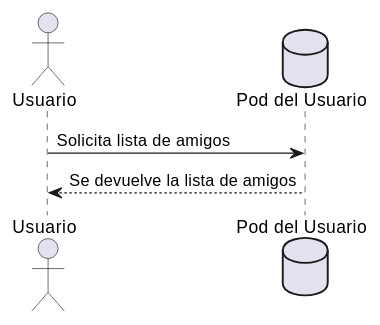
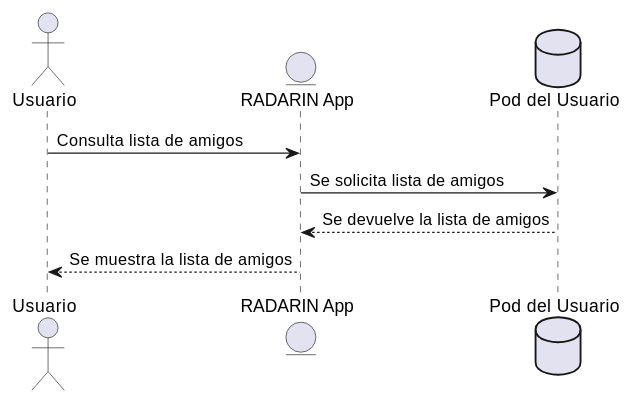
One commit to Arquisoft/radarin_es6a changed the first of 2 diagrams in webapp/docs/06_runtime_view.adoc. Above: the diagram before and after it, drawn with PlantUML. The commit also changed other lines of this file, not shown here.

```diff
--- a/webapp/docs/06_runtime_view.adoc
+++ b/webapp/docs/06_runtime_view.adoc
@@ -13,7 +13,10 @@
 [plantuml,"Sequence diagram",png]
 ----
-actor "Usuario"
+actor Usuario as "Usuario"
+entity App as "RADARIN App"
 database Pod as "Pod del Usuario"
-"Usuario" -> "Pod": Solicita lista de amigos
-"Pod" --> "Usuario": Se devuelve la lista de amigos
+Usuario -> App: Consulta lista de amigos
+App -> Pod: Se solicita lista de amigos
+Pod --> App: Se devuelve la lista de amigos
+App --> Usuario: Se muestra la lista de amigos
 ----
```
